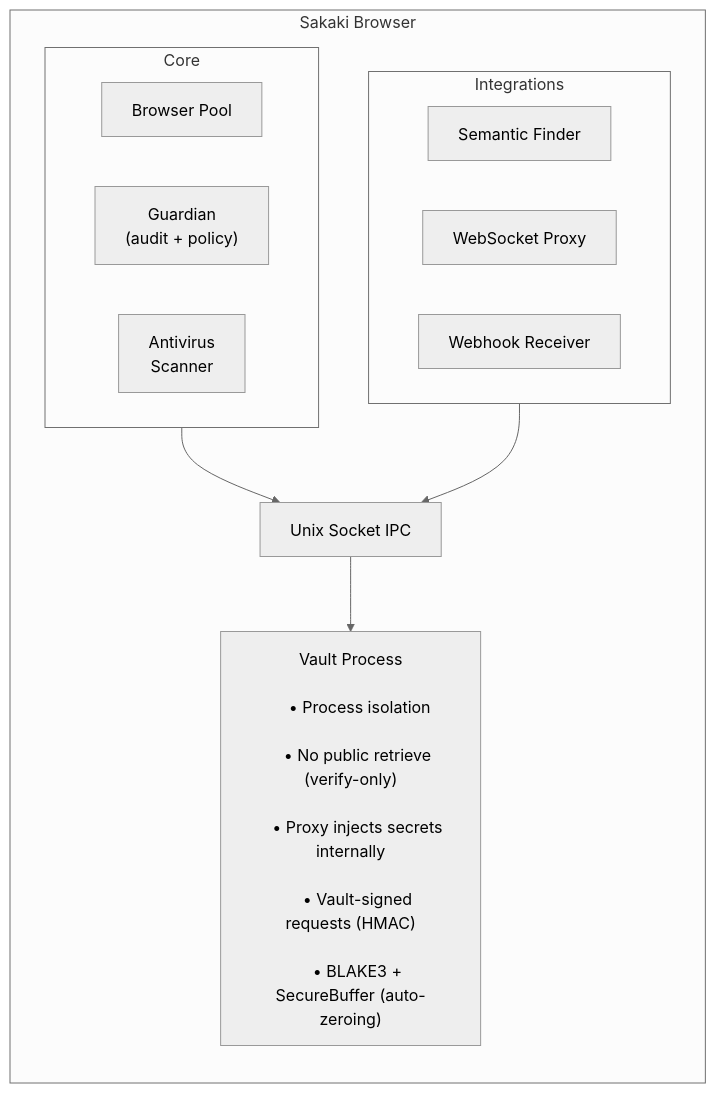
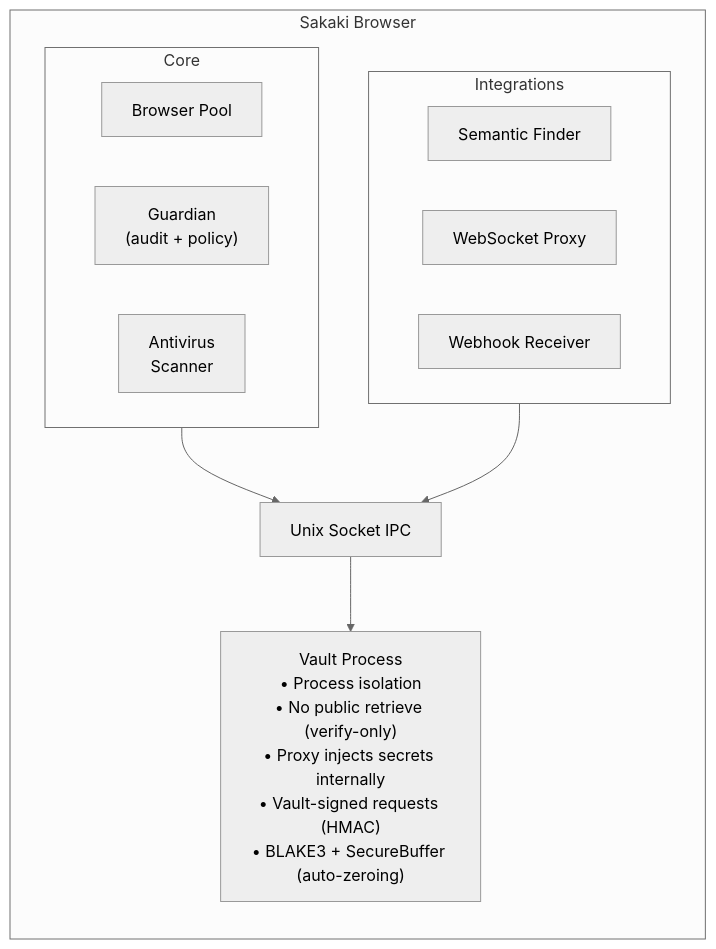
Before and after one commit to Thopsdev/SakakiBrowser: the diagram in README.md, drawn with Mermaid (neutral theme). The commit also changed other lines of this file and 1 other file, not shown here.

Commit message:
Docs: fix architecture diagram and add A2A production template

````diff
--- a/README.md
+++ b/README.md
@@ -711,33 +714,28 @@
 ```mermaid
 flowchart TB
   subgraph SB["Sakaki Browser"]
     direction TB
 
     subgraph Core["Core"]
       direction LR
       BP["Browser Pool"]
       G["Guardian<br/>(audit + policy)"]
       AV["Antivirus<br/>Scanner"]
     end
 
     subgraph Integrations["Integrations"]
       direction LR
       SF["Semantic Finder"]
       WS["WebSocket Proxy"]
       WH["Webhook Receiver"]
     end
 
     IPC["Unix Socket IPC"]
 
-    VP["Vault Process<br/>
-    • Process isolation<br/>
-    • No public retrieve (verify-only)<br/>
-    • Proxy injects secrets internally<br/>
-    • Vault-signed requests (HMAC)<br/>
-    • BLAKE3 + SecureBuffer (auto-zeroing)"]
+    VP["Vault Process<br/>• Process isolation<br/>• No public retrieve (verify-only)<br/>• Proxy injects secrets internally<br/>• Vault-signed requests (HMAC)<br/>• BLAKE3 + SecureBuffer (auto-zeroing)"]
 
     Core --> IPC
     Integrations --> IPC
     IPC --> VP
   end
 ```
````
